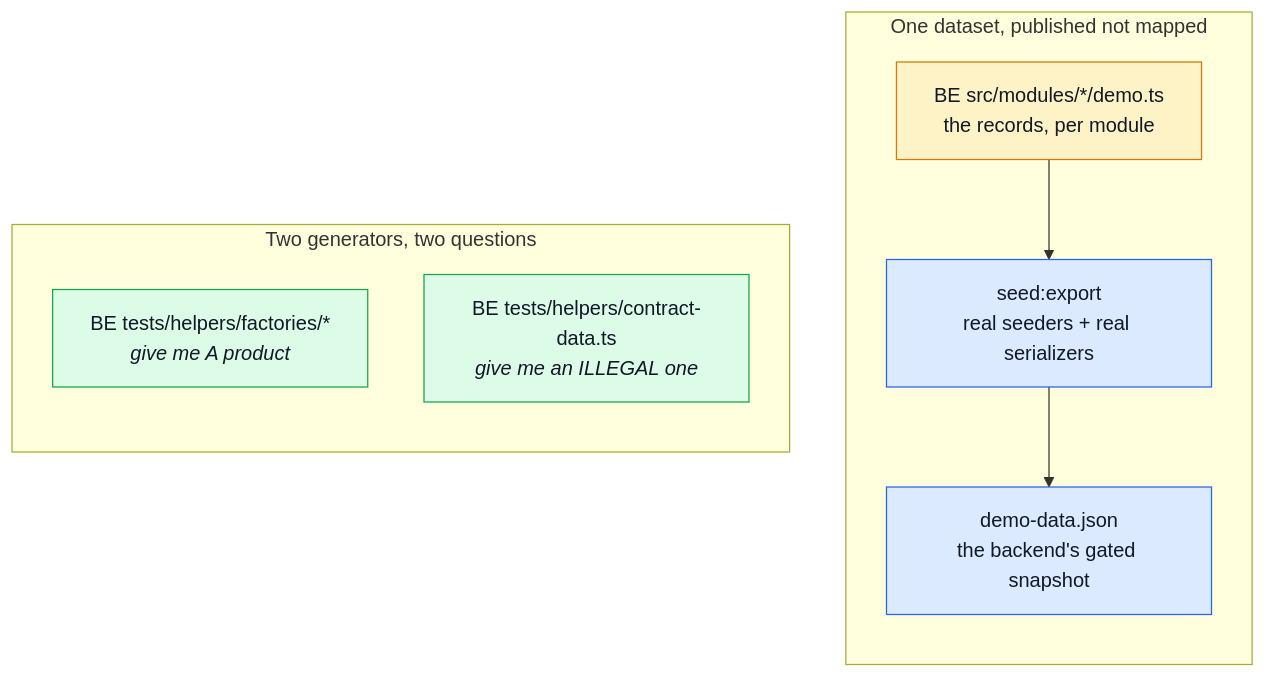
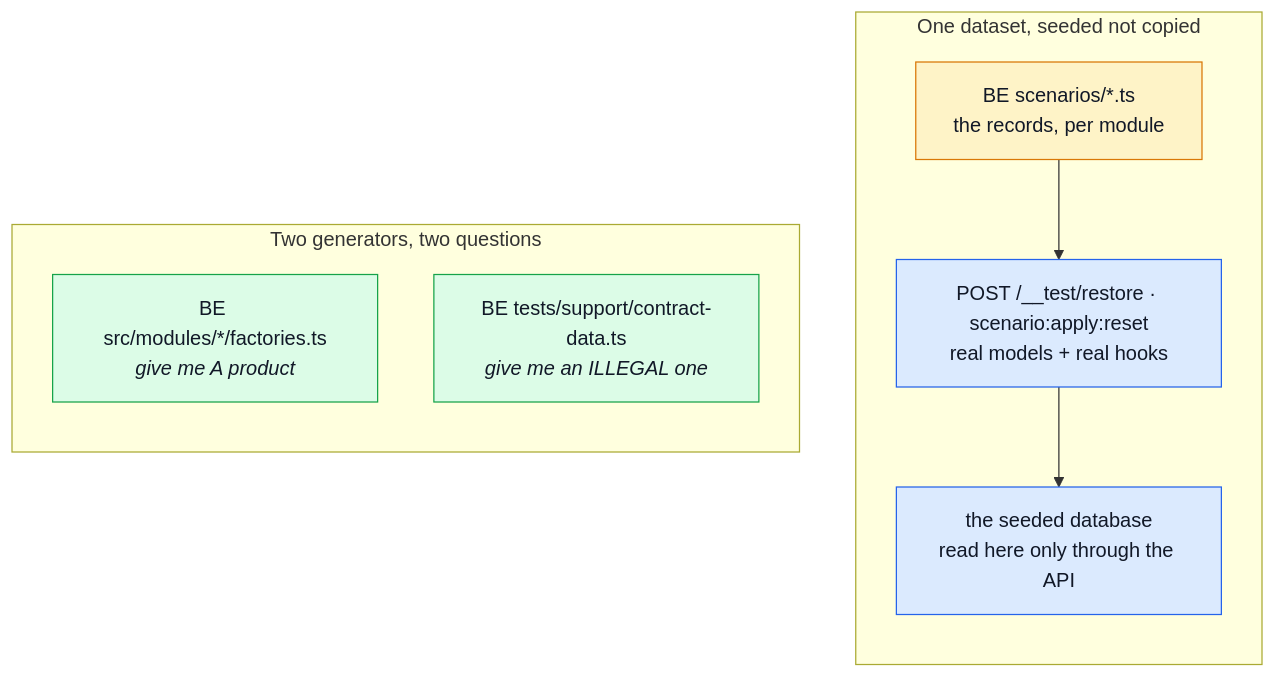
One commit to Guebbit/boilerplate-vue-frontend changed the second of 3 diagrams in docs/tools/testing-and-docs.md. Above: the diagram before and after it, drawn with Mermaid. The commit also changed other lines of this file and 13 other files, not shown here.

````diff
--- a/docs/tools/testing-and-docs.md
+++ b/docs/tools/testing-and-docs.md
@@ -92,23 +91,23 @@
 ```mermaid
 %%{init: {'flowchart': {'nodeSpacing': 45, 'rankSpacing': 55}}}%%
 flowchart TB
-    subgraph one["One dataset, published not mapped"]
+    subgraph one["One dataset, seeded not copied"]
         direction TB
-        Records["BE src/modules/*/demo.ts<br/>the records, per module"]
-        Records --> Export["seed:export<br/>real seeders + real serializers"]
-        Export --> Dataset["demo-data.json<br/>the backend's gated snapshot"]
+        Records["BE scenarios/*.ts<br/>the records, per module"]
+        Records --> Seed["POST /__test/restore · scenario:apply:reset<br/>real models + real hooks"]
+        Seed --> Api["the seeded database<br/>read here only through the API"]
     end
 
     subgraph two["Two generators, two questions"]
         direction TB
-        Factories["BE tests/helpers/factories/*<br/><i>give me A product</i>"]
-        ContractData["BE tests/helpers/contract-data.ts<br/><i>give me an ILLEGAL one</i>"]
+        Factories["BE src/modules/*/factories.ts<br/><i>give me A product</i>"]
+        ContractData["BE tests/support/contract-data.ts<br/><i>give me an ILLEGAL one</i>"]
     end
 
     classDef source fill:#fef3c7,stroke:#d97706,color:#111827;
     classDef mapper fill:#dbeafe,stroke:#2563eb,color:#111827;
     classDef gen fill:#dcfce7,stroke:#16a34a,color:#111827;
     class Records source;
-    class Export,Dataset mapper;
+    class Seed,Api mapper;
     class Factories,ContractData gen;
 ```
````
